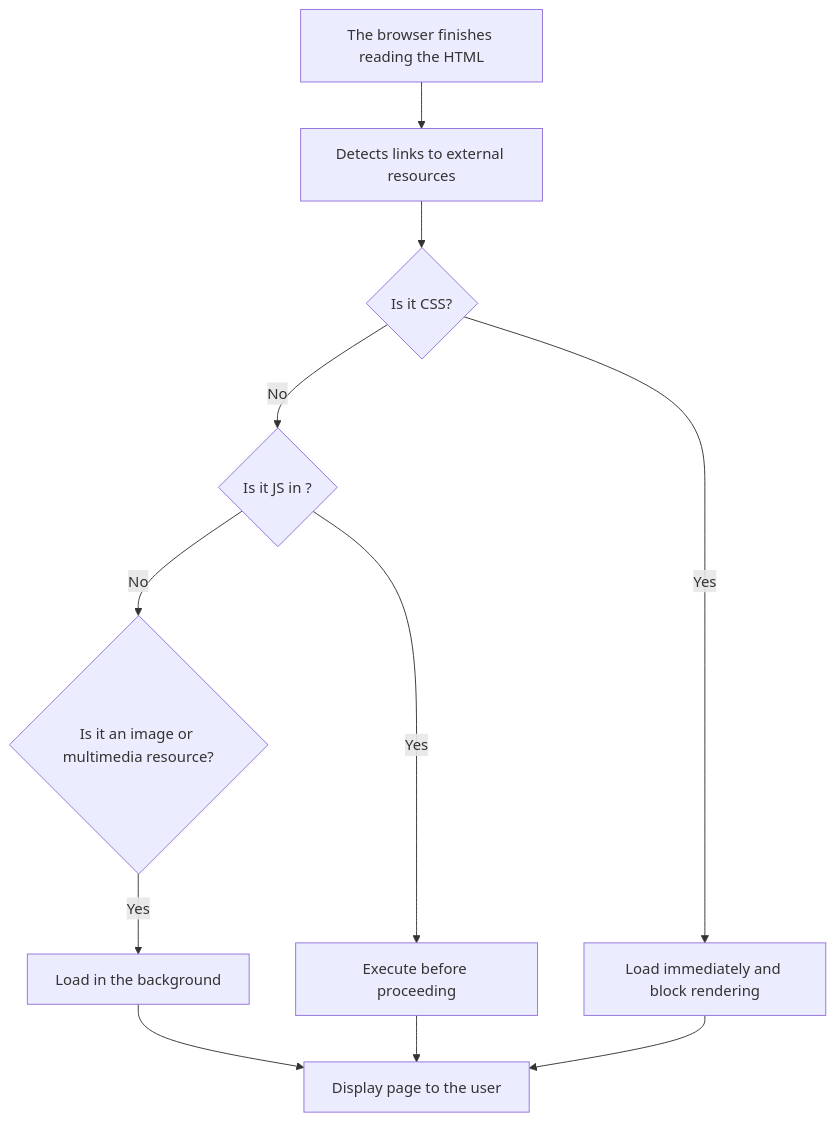
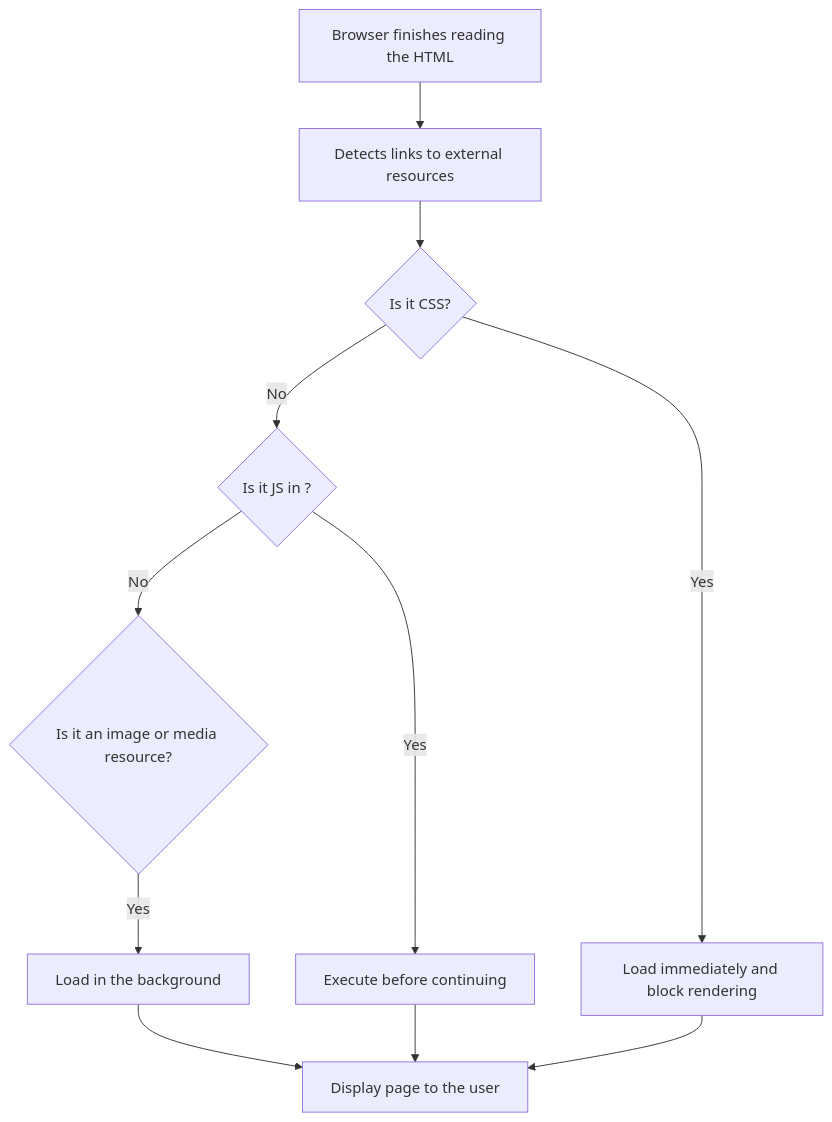
One commit to breatheco-de/mastering-web-dynamics-from-HTTP-to-real-time changed the diagram in lessons/prioritizing-resource-requests.md. Above: the diagram before and after it, drawn with Mermaid. The commit also changed other lines of this file and 13 other files, not shown here.

````diff
--- a/lessons/prioritizing-resource-requests.md
+++ b/lessons/prioritizing-resource-requests.md
@@ -58,13 +83,13 @@
 ```mermaid
 flowchart TD
-        A[The browser finishes reading the HTML] --> B[Detects links to external resources]
+        A[Browser finishes reading the HTML] --> B[Detects links to external resources]
         B --> C{Is it CSS?}
         C -- Yes --> D[Load immediately and block rendering]
         C -- No --> E{Is it JS in <head>?}
-        E -- Yes --> F[Execute before proceeding]
-        E -- No --> G{Is it an image or multimedia resource?}
+        E -- Yes --> F[Execute before continuing]
+        E -- No --> G{Is it an image or media resource?}
         G -- Yes --> H[Load in the background]
         H --> I[Display page to the user]
         F --> I
         D --> I
 ```
````
